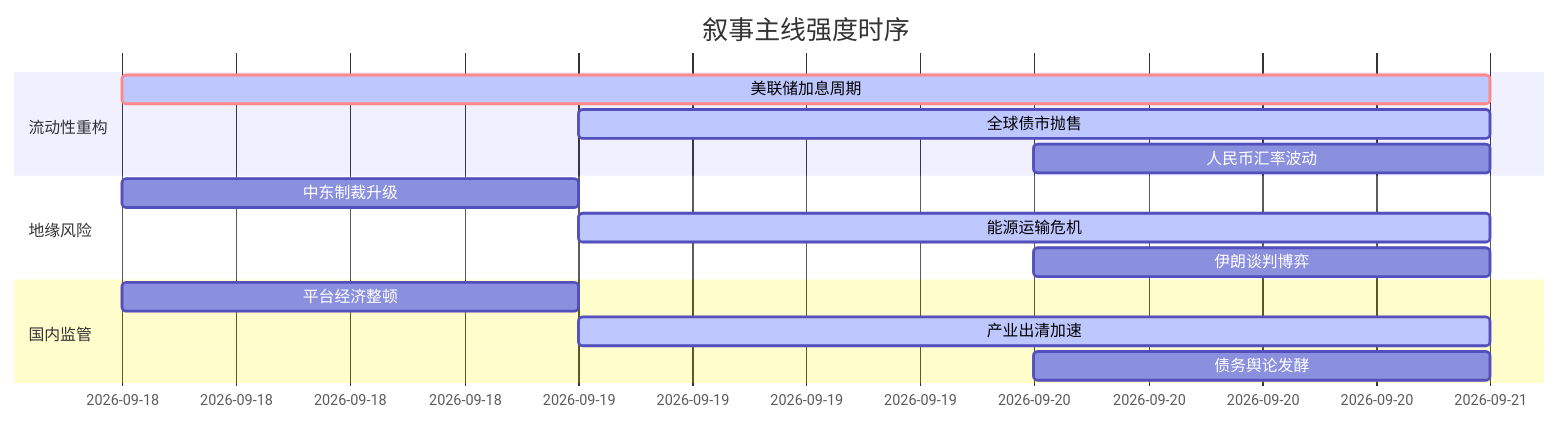
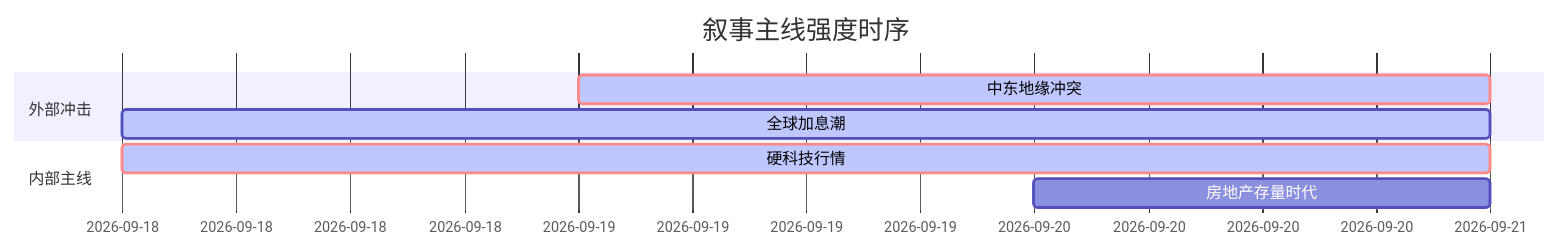
One commit to uu5zn/uu5zn.github.io changed the diagram in 5day_report.md. Above: the diagram before and after it, drawn with Mermaid. The commit also changed other lines of this file and 24 other files, not shown here.

````diff
--- a/5day_report.md
+++ b/5day_report.md
@@ -56,19 +61,12 @@
 ```mermaid
 gantt
     title 叙事主线强度时序
-    dateFormat  YYYY-MM-DD
-    section 流动性重构
-    美联储加息周期   :crit, active, 2026-09-18, 3d
-    全球债市抛售     :active, 2026-09-19, 2d
-    人民币汇率波动   :2026-09-20, 1d
+    dateFormat YYYY-MM-DD
+    section 外部冲击
+    中东地缘冲突   :crit, active, 2026-09-19, 2d
+    全球加息潮     :active, 2026-09-18, 3d
     
-    section 地缘风险
-    中东制裁升级     :2026-09-18, 1d
-    能源运输危机     :active, 2026-09-19, 2d
-    伊朗谈判博弈     :2026-09-20, 1d
-    
-    section 国内监管
-    平台经济整顿     :2026-09-18, 1d
-    产业出清加速     :active, 2026-09-19, 2d
-    债务舆论发酵     :2026-09-20, 1d
+    section 内部主线
+    硬科技行情     :crit, active, 2026-09-18, 3d
+    房地产存量时代 :2026-09-20, 1d
 ```
````
